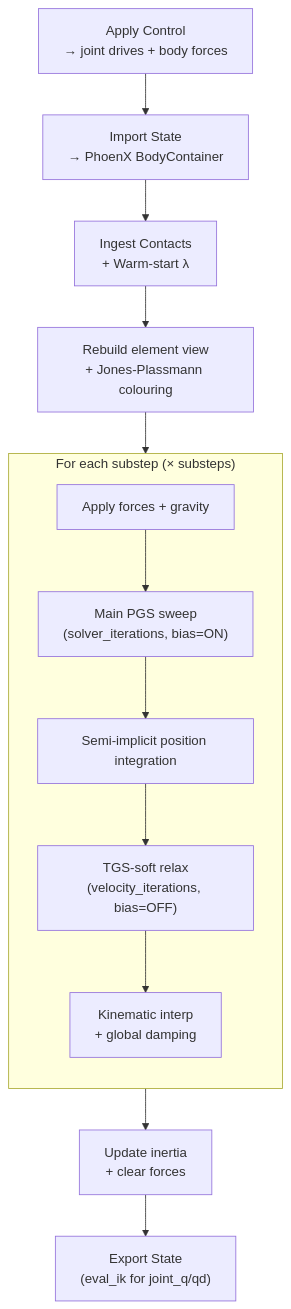
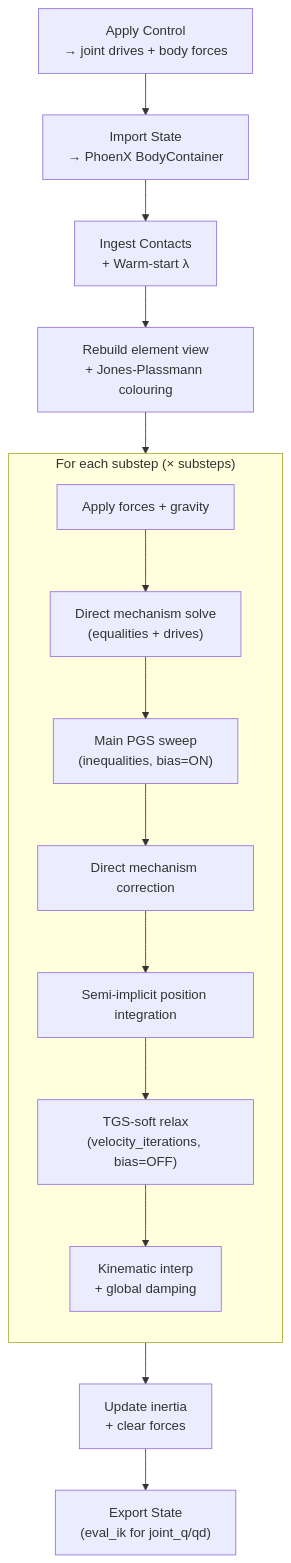
One commit to nvtw/newton changed the diagram in docs/concepts/phoenx_solver.rst. Above: the diagram before and after it, drawn with Mermaid. The commit also changed other lines of this file and 13 other files, not shown here.

First line of the commit message:
Solve PhoenX drives in direct mechanisms

```diff
--- a/docs/concepts/phoenx_solver.rst
+++ b/docs/concepts/phoenx_solver.rst
@@ -97,18 +98,20 @@
 .. mermaid::
    :config: {"theme": "forest", "themeVariables": {"lineColor": "#76b900"}}
 
    flowchart TB
      A["Apply Control<br/>→ joint drives + body forces"] --> B
      B["Import State<br/>→ PhoenX BodyContainer"] --> C
      C["Ingest Contacts<br/>+ Warm-start λ"] --> D
      D["Rebuild element view<br/>+ Jones-Plassmann colouring"] --> E
      subgraph Substep ["For each substep (× substeps)"]
        direction TB
        E["Apply forces + gravity"] --> F
-       F["Main PGS sweep<br/>(solver_iterations, bias=ON)"] --> G
-       G["Semi-implicit position integration"] --> H
-       H["TGS-soft relax<br/>(velocity_iterations, bias=OFF)"] --> I
-       I["Kinematic interp<br/>+ global damping"]
+       F["Direct mechanism solve<br/>(equalities + drives)"] --> G
+       G["Main PGS sweep<br/>(inequalities, bias=ON)"] --> H
+       H["Direct mechanism correction"] --> I
+       I["Semi-implicit position integration"] --> J
+       J["TGS-soft relax<br/>(velocity_iterations, bias=OFF)"] --> K
+       K["Kinematic interp<br/>+ global damping"]
      end
-     I --> J["Update inertia<br/>+ clear forces"]
-     J --> K["Export State<br/>(eval_ik for joint_q/qd)"]
+     K --> L["Update inertia<br/>+ clear forces"]
+     L --> M["Export State<br/>(eval_ik for joint_q/qd)"]
```
